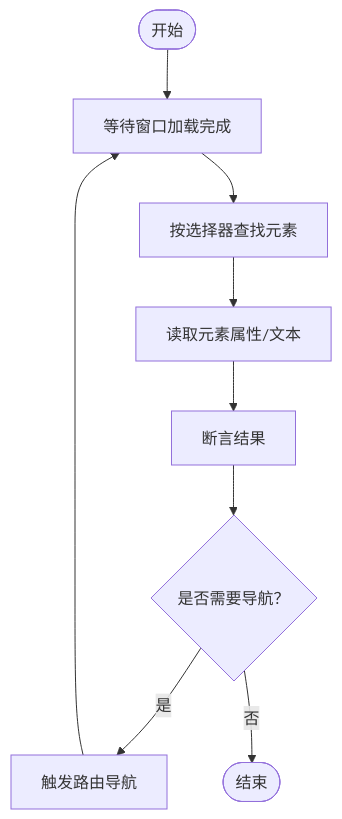
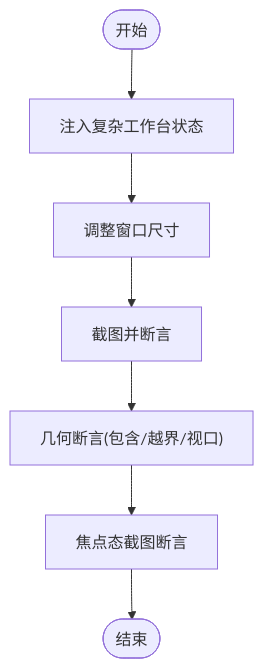
The fifth of 6 diagrams in .qoder/repowiki/zh/content/测试策略/端到端测试.md (haolange/RDC-Agent), drawn with Mermaid before and after one commit. The commit also changed other lines of this file and 84 other files, not shown here.

````diff
--- a/.qoder/repowiki/zh/content/测试策略/端到端测试.md
+++ b/.qoder/repowiki/zh/content/测试策略/端到端测试.md
@@ -196,11 +178,9 @@
 ```mermaid
 flowchart TD
-S(["开始"]) --> Wait["等待窗口加载完成"]
-Wait --> Find["按选择器查找元素"]
-Find --> Read["读取元素属性/文本"]
-Read --> Assert["断言结果"]
-Assert --> Nav{"是否需要导航？"}
-Nav --> |是| Route["触发路由导航"]
-Route --> Wait
-Nav --> |否| End(["结束"])
+Start(["开始"]) --> Seed["注入复杂工作台状态"]
+Seed --> Resize["调整窗口尺寸"]
+Resize --> Screenshot["截图并断言"]
+Screenshot --> Geometry["几何断言(包含/越界/视口)"]
+Geometry --> Focus["焦点态截图断言"]
+Focus --> End(["结束"])
 ```
````
